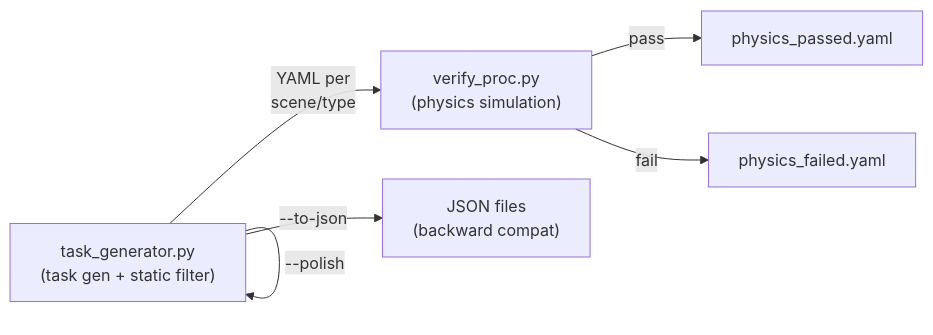
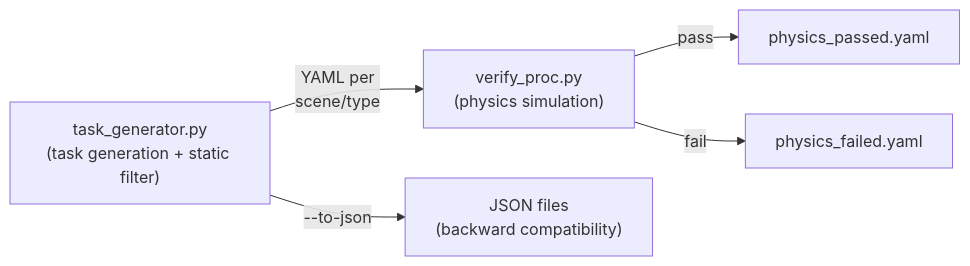
One commit to InternRobotics/REAL changed the diagram in README.md. Above: the diagram before and after it, drawn with Mermaid. The commit also changed other lines of this file and 269 other files, not shown here.

````diff
--- a/README.md
+++ b/README.md
@@ -201,9 +269,8 @@
 ```mermaid
 flowchart LR
-    A["task_generator.py\n(task gen + static filter)"]
+    A["task_generator.py\n(task generation + static filter)"]
     -->|"YAML per\nscene/type"| B["verify_proc.py\n(physics simulation)"]
     B -->|pass| C["physics_passed.yaml"]
     B -->|fail| D["physics_failed.yaml"]
-    A -->|"--to-json"| E["JSON files\n(backward compat)"]
-    A -->|"--polish"| A
+    A -->|"--to-json"| E["JSON files\n(backward compatibility)"]
 ```
````
